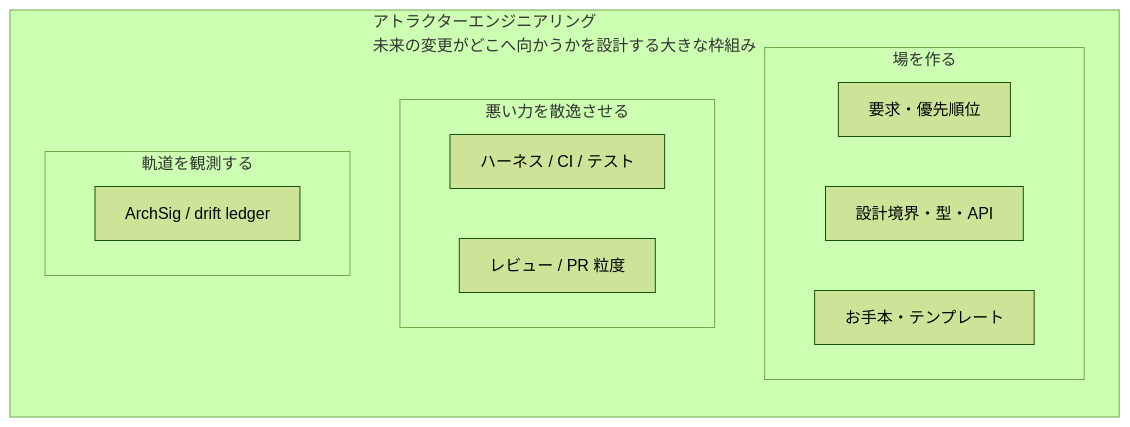
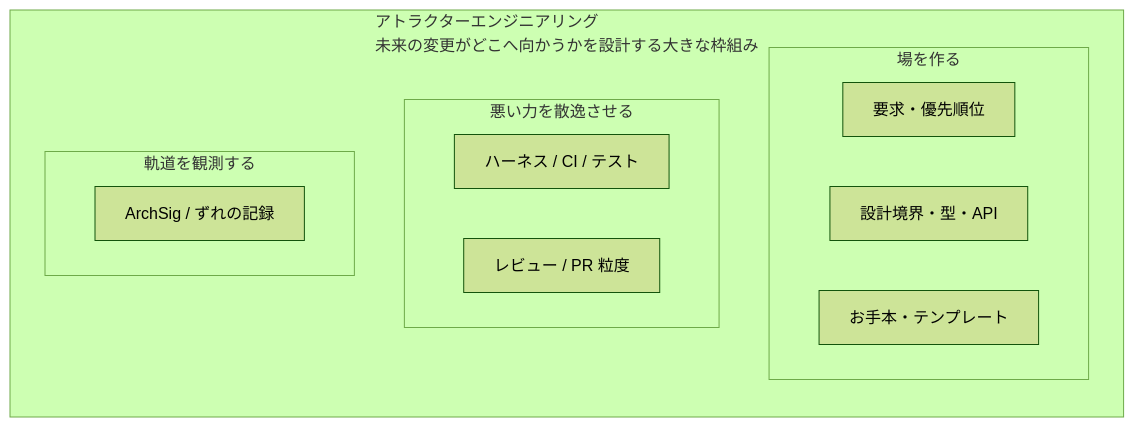
Before and after one commit to iroha1203/AlgebraicArchitectureTheoryV2: the first of 2 diagrams in docs/outreach/qiita_attractor.md, drawn with Mermaid (forest theme). The commit also changed other lines of this file, not shown here.

````diff
--- a/docs/outreach/qiita_attractor.md
+++ b/docs/outreach/qiita_attractor.md
@@ -187,24 +187,24 @@
 ```mermaid
 flowchart TB
     subgraph AE["アトラクターエンジニアリング<br>未来の変更がどこへ向かうかを設計する大きな枠組み"]
         direction TB
 
         subgraph makeField["場を作る"]
             direction LR
             req["要求・優先順位"]
             arch["設計境界・型・API"]
             examples["お手本・テンプレート"]
         end
 
         subgraph dissipate["悪い力を散逸させる"]
             direction LR
             harness["ハーネス / CI / テスト"]
             review["レビュー / PR 粒度"]
         end
 
         subgraph observe["軌道を観測する"]
             direction LR
-            obs["ArchSig / drift ledger"]
+            obs["ArchSig / ずれの記録"]
         end
     end
 ```
````
